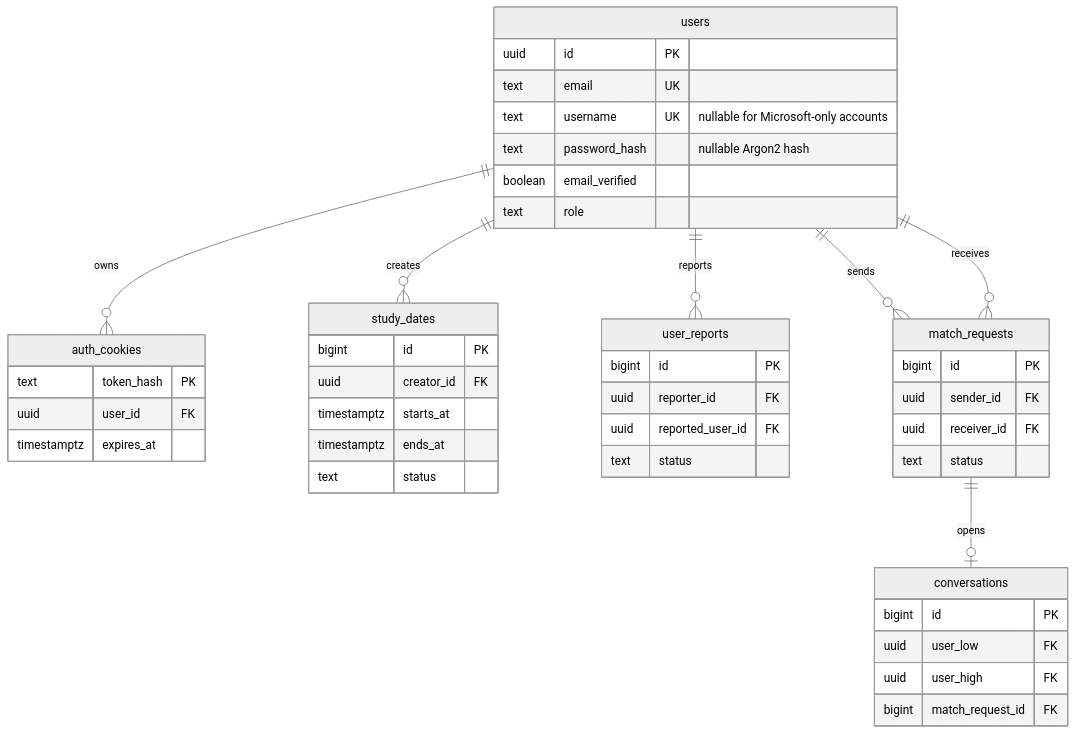
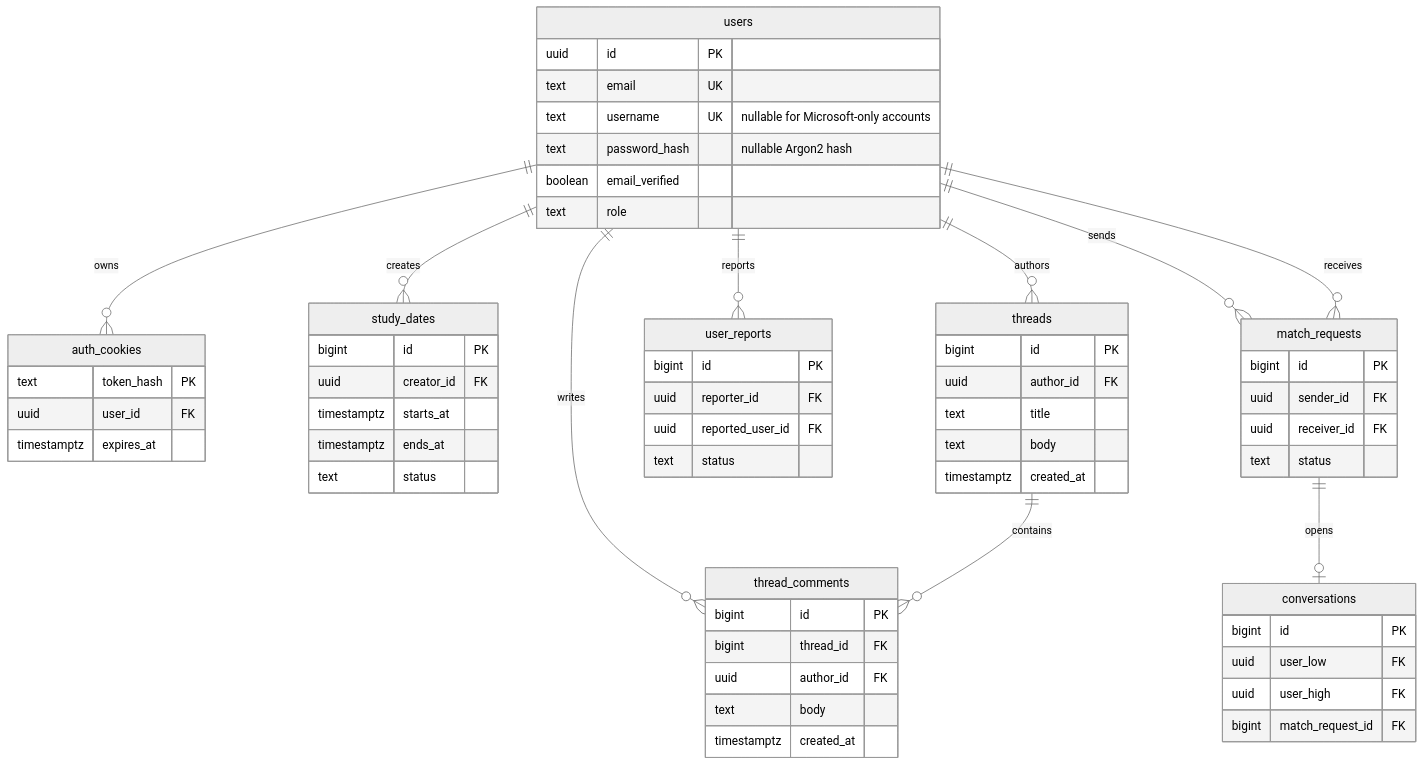
One commit to SE-FDA-NEU-AI66B/G8-DatingApp-AI66B changed the second of 2 diagrams in docs/design.md. Above: the diagram before and after it, drawn with Mermaid (neutral theme). The commit also changed other lines of this file and 41 other files, not shown here.

````diff
--- a/docs/design.md
+++ b/docs/design.md
@@ -22,47 +22,64 @@
 ```mermaid
 erDiagram
     users ||--o{ auth_cookies : owns
     users ||--o{ study_dates : creates
+    users ||--o{ threads : authors
+    users ||--o{ thread_comments : writes
+    threads ||--o{ thread_comments : contains
     users ||--o{ user_reports : reports
     users ||--o{ match_requests : sends
     users ||--o{ match_requests : receives
     match_requests ||--o| conversations : opens
     users {
         uuid id PK
         text email UK
         text username UK "nullable for Microsoft-only accounts"
         text password_hash "nullable Argon2 hash"
         boolean email_verified
         text role
     }
     auth_cookies {
         text token_hash PK
         uuid user_id FK
         timestamptz expires_at
     }
     study_dates {
         bigint id PK
         uuid creator_id FK
         timestamptz starts_at
         timestamptz ends_at
         text status
     }
+    threads {
+        bigint id PK
+        uuid author_id FK
+        text title
+        text body
+        timestamptz created_at
+    }
+    thread_comments {
+        bigint id PK
+        bigint thread_id FK
+        uuid author_id FK
+        text body
+        timestamptz created_at
+    }
     user_reports {
         bigint id PK
         uuid reporter_id FK
         uuid reported_user_id FK
         text status
     }
     match_requests {
         bigint id PK
         uuid sender_id FK
         uuid receiver_id FK
         text status
     }
     conversations {
         bigint id PK
         uuid user_low FK
         uuid user_high FK
         bigint match_request_id FK
     }
 ```
````
